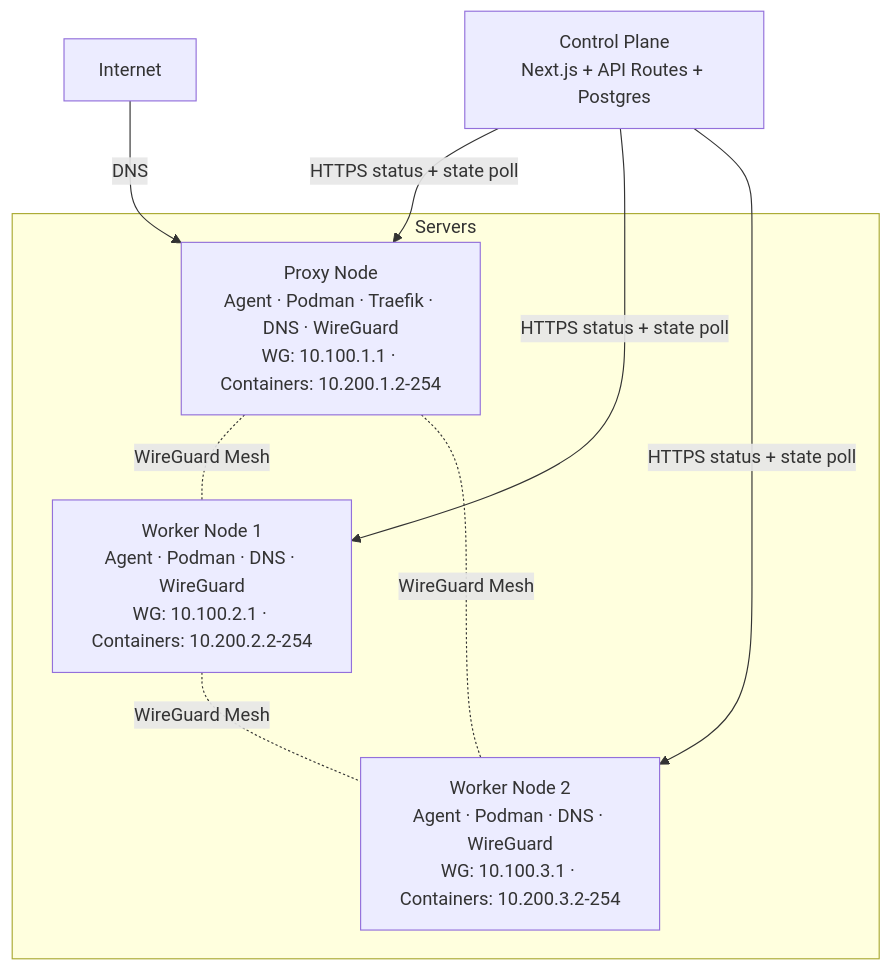
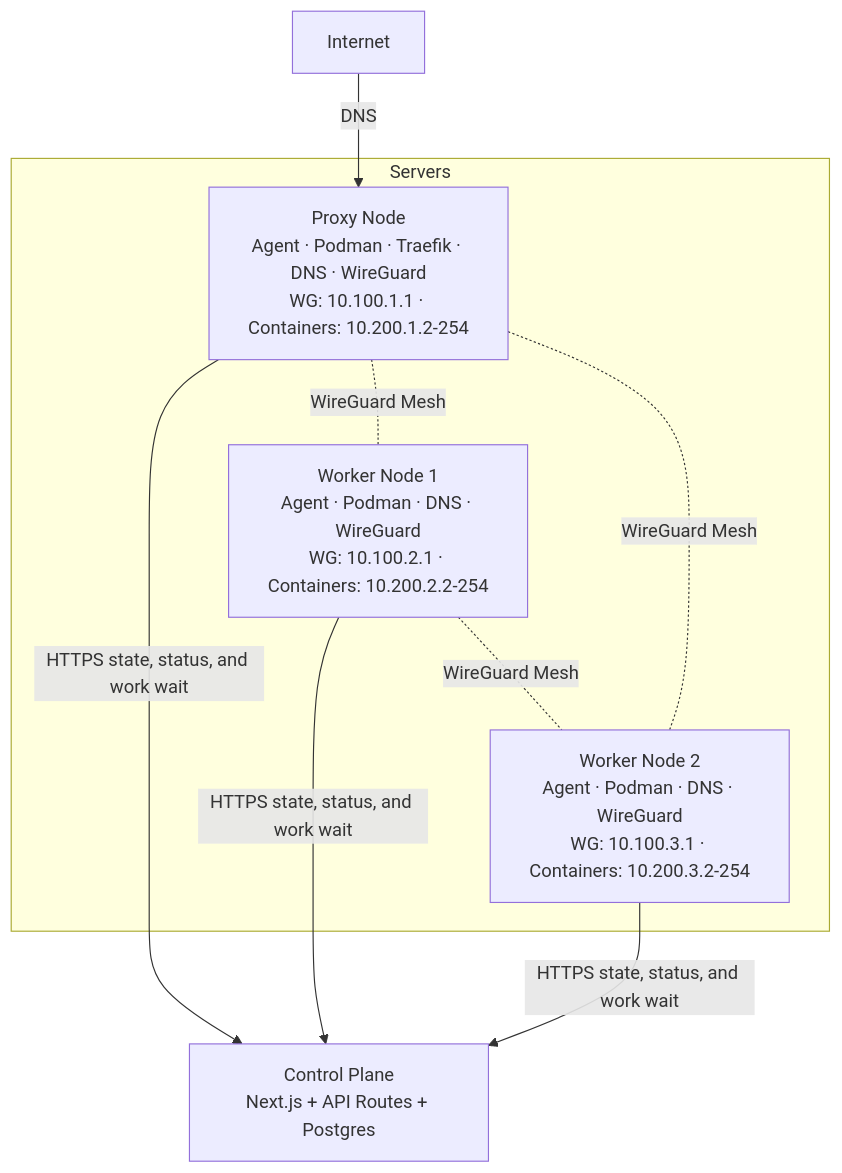
The first of 3 diagrams in docs/architecture.mdx (techulus/cloud), drawn with Mermaid before and after one commit. The commit also changed other lines of this file and 9 other files, not shown here.

First line of the commit message:
Add long-poll wakeups for agent work

````diff
--- a/docs/architecture.mdx
+++ b/docs/architecture.mdx
@@ -42,18 +42,18 @@
 ```mermaid
 graph TD
     Internet["Internet"] -->|"DNS"| P1
 
     CP["Control Plane<br/>Next.js + API Routes + Postgres"]
-    CP -- "HTTPS status + state poll" --> P1
-    CP -- "HTTPS status + state poll" --> W1
-    CP -- "HTTPS status + state poll" --> W2
+    P1 -->|"HTTPS state, status, and work wait"| CP
+    W1 -->|"HTTPS state, status, and work wait"| CP
+    W2 -->|"HTTPS state, status, and work wait"| CP
 
     subgraph Servers
         P1["Proxy Node<br/>Agent · Podman · Traefik · DNS · WireGuard<br/>WG: 10.100.1.1 · Containers: 10.200.1.2-254"]
         W1["Worker Node 1<br/>Agent · Podman · DNS · WireGuard<br/>WG: 10.100.2.1 · Containers: 10.200.2.2-254"]
         W2["Worker Node 2<br/>Agent · Podman · DNS · WireGuard<br/>WG: 10.100.3.1 · Containers: 10.200.3.2-254"]
         P1 -. "WireGuard Mesh" .- W1
         P1 -. "WireGuard Mesh" .- W2
         W1 -. "WireGuard Mesh" .- W2
     end
 ```
````
